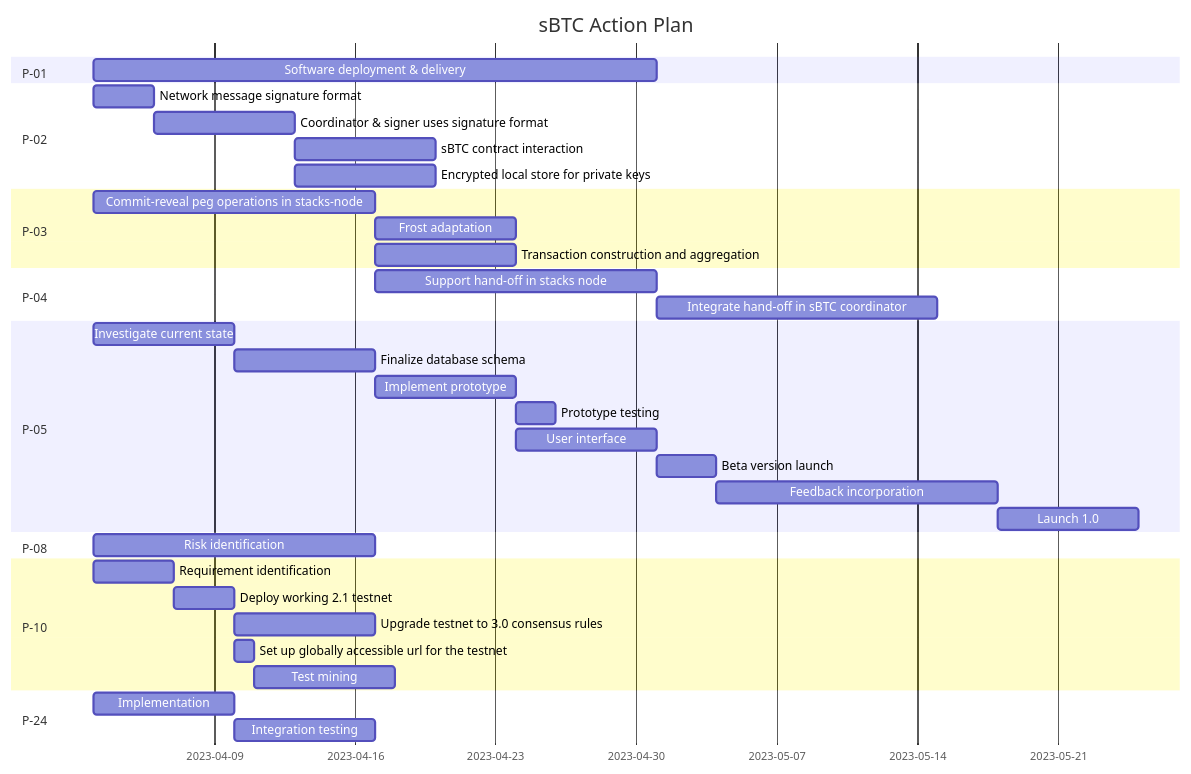
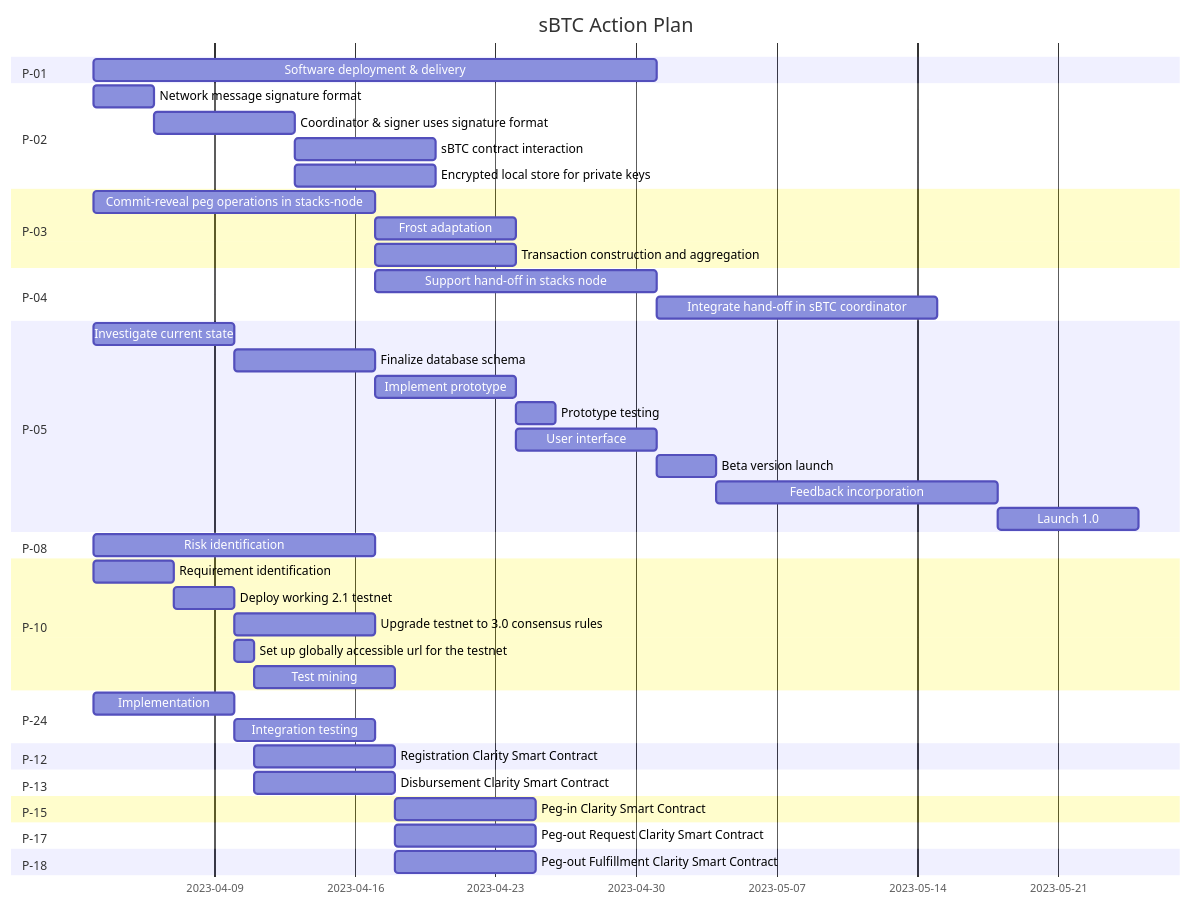
The diagram in sbtc-planning/README.md (papaya-dao/stacks-sbtc), drawn with Mermaid before and after one commit.

````diff
--- a/sbtc-planning/README.md
+++ b/sbtc-planning/README.md
@@ -7,48 +7,62 @@
 ```mermaid
 gantt
     dateFormat  YYYY-MM-DD
     title sBTC Action Plan
 
     section P-01
         Software deployment & delivery     :a1, 2023-04-03, 28d
 
     section P-02
         Network message signature format              :b1, 2023-04-03, 3d
         Coordinator & signer uses signature format    :b2, after b1, 7d
         sBTC contract interaction                     :b3, after b2, 7d
         Encrypted local store for private keys        :b4, after  b2, 7d
 
     section P-03
         Commit-reveal peg operations in stacks-node     :c1, 2023-04-03, 14d
         Frost adaptation                                :c2, after c1, 7d
         Transaction construction and aggregation        :c3, after c1, 7d
 
     section P-04
         Support hand-off in stacks node          :d1, after c1, 14d
         Integrate hand-off in sBTC coordinator   :d2, after d1, 14d
 
     section P-05
         Investigate current state     :e1, 2023-04-03, 7d
         Finalize database schema      :e2, after e1, 7d
         Implement prototype           :e3, after e2, 7d
         Prototype testing             :e4, after e3, 2d
         User interface                :e5, after e3, 7d
         Beta version launch           :e6, after e5, 3d
         Feedback incorporation        :e7, after e6, 14d
         Launch 1.0                    :e8, after e7, 7d
 
     section P-08
         Risk identification      :f1, 2023-04-03, 14d
 
     section P-10
         Requirement identification                      :h1, 2023-04-03, 4d
         Deploy working 2.1 testnet                      :h2, after h1, 3d
         Upgrade testnet to 3.0 consensus rules          :h3, after h2, 7d
         Set up globally accessible url for the testnet  :h4, after h2, 1d
         Test mining                                     :h5, after h4, 7d
 
     section P-24
         Implementation          :i1, 2023-04-03, 7d
         Integration testing     :i2, after i1, 7d
+        
+    section P-12
+        Registration Clarity Smart Contract  :j1, 2023-04-11, 7d
 
+    section P-13
+        Disbursement Clarity Smart Contract  :j1, 2023-04-11, 7d
+
+    section P-15
+        Peg-in Clarity Smart Contract  :k1, after j1, 7d  
+
+    section P-17
+        Peg-out Request Clarity Smart Contract  :k1, after j1, 7d  
+        
+    section P-18
+        Peg-out Fulfillment Clarity Smart Contract  :k1, after j1, 7d  
 ```
````
